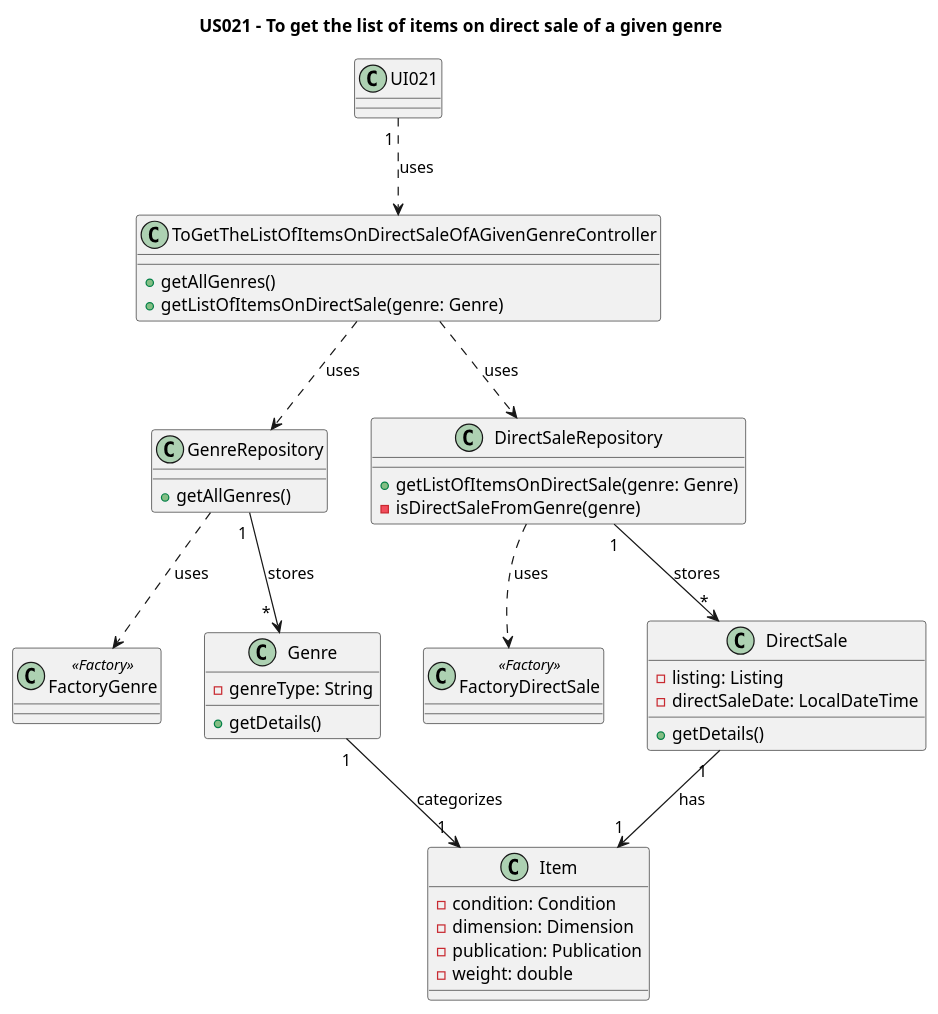
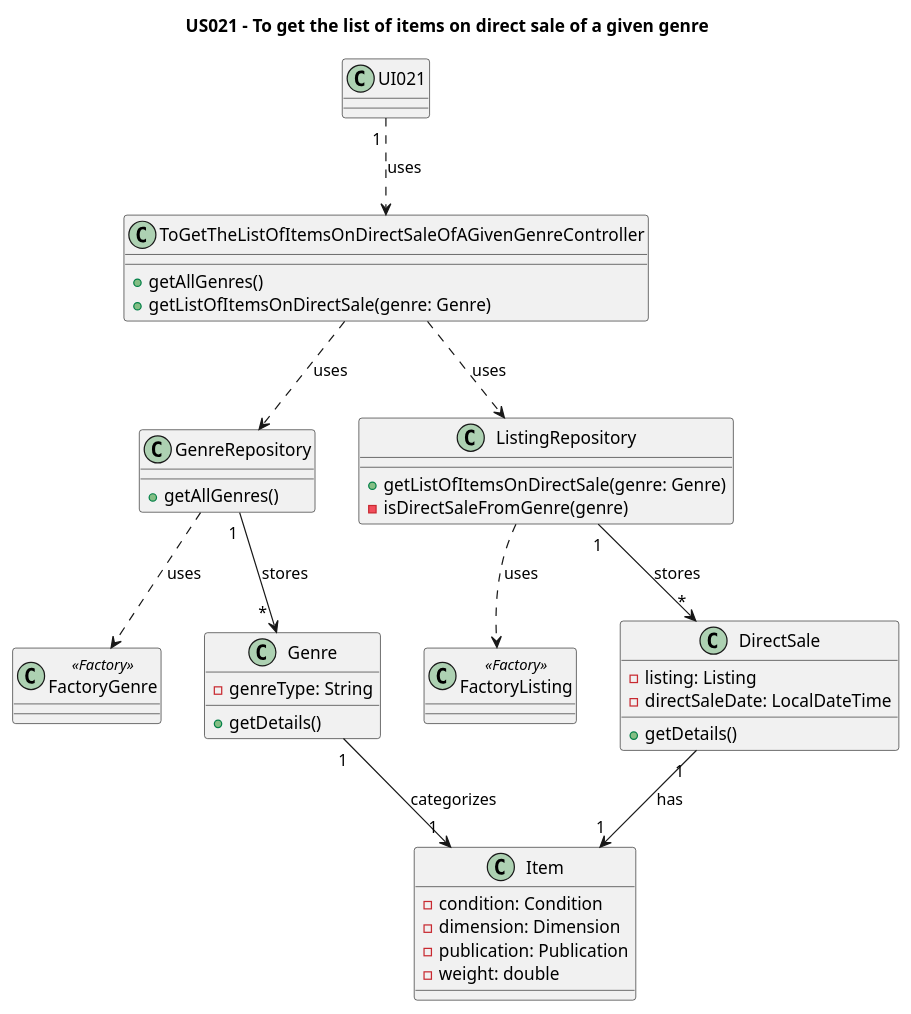
The diagram in Diagrams/ClassDiagrams/US021-to-get-the-list-of-items-on-direct-sale-of-a-given-genre.puml (AndrePereiraGitH/SWitCH-Project-Team_A), drawn with PlantUML before and after one commit. The commit also changed 5 other files, not shown here.

Commit message:
Working on #192, Updated SD and CD to reflect new design for US021 and Updated tests & classes for DirectSaleRepository and ListingRepository

```diff
--- a/Diagrams/ClassDiagrams/US021-to-get-the-list-of-items-on-direct-sale-of-a-given-genre.puml
+++ b/Diagrams/ClassDiagrams/US021-to-get-the-list-of-items-on-direct-sale-of-a-given-genre.puml
@@ -1,60 +1,60 @@
 @startuml
 title US021 - To get the list of items on direct sale of a given genre
 
 class UI021 {
 
 }
 
 class ToGetTheListOfItemsOnDirectSaleOfAGivenGenreController {
   +getAllGenres()
   +getListOfItemsOnDirectSale(genre: Genre)
 }
 
 class GenreRepository {
   +getAllGenres()
 }
 
 class FactoryGenre  <<Factory>> {
 }
 
-class FactoryDirectSale <<Factory>> {
+class FactoryListing <<Factory>> {
 }
 
 
 class Genre {
     -genreType: String
     +getDetails()
 }
 
-class DirectSaleRepository {
+class ListingRepository {
   +getListOfItemsOnDirectSale(genre: Genre)
   -isDirectSaleFromGenre(genre)
 }
 
 class DirectSale {
   - listing: Listing
   - directSaleDate: LocalDateTime
   +getDetails()
 }
 
 class Item{
 -condition: Condition
 -dimension: Dimension
 -publication: Publication
 -weight: double
 }
 
 ' Interactions
 UI021 "1 " ..>  ToGetTheListOfItemsOnDirectSaleOfAGivenGenreController : uses
-ToGetTheListOfItemsOnDirectSaleOfAGivenGenreController  ..> DirectSaleRepository : uses
+ToGetTheListOfItemsOnDirectSaleOfAGivenGenreController  ..> ListingRepository : uses
 ToGetTheListOfItemsOnDirectSaleOfAGivenGenreController  ..> GenreRepository : uses
 
 GenreRepository ..>  FactoryGenre : uses
 GenreRepository "1 " --> "                   *" Genre : stores
 
-DirectSaleRepository ..> FactoryDirectSale : uses
+ListingRepository ..> FactoryListing : uses
 
-DirectSaleRepository "1 " --> "*" DirectSale : stores
+ListingRepository "1 " --> "*" DirectSale : stores
 Genre "1 " --> "1 " Item : categorizes
 DirectSale "1 " -->  "1 " Item : has
 @enduml
```
